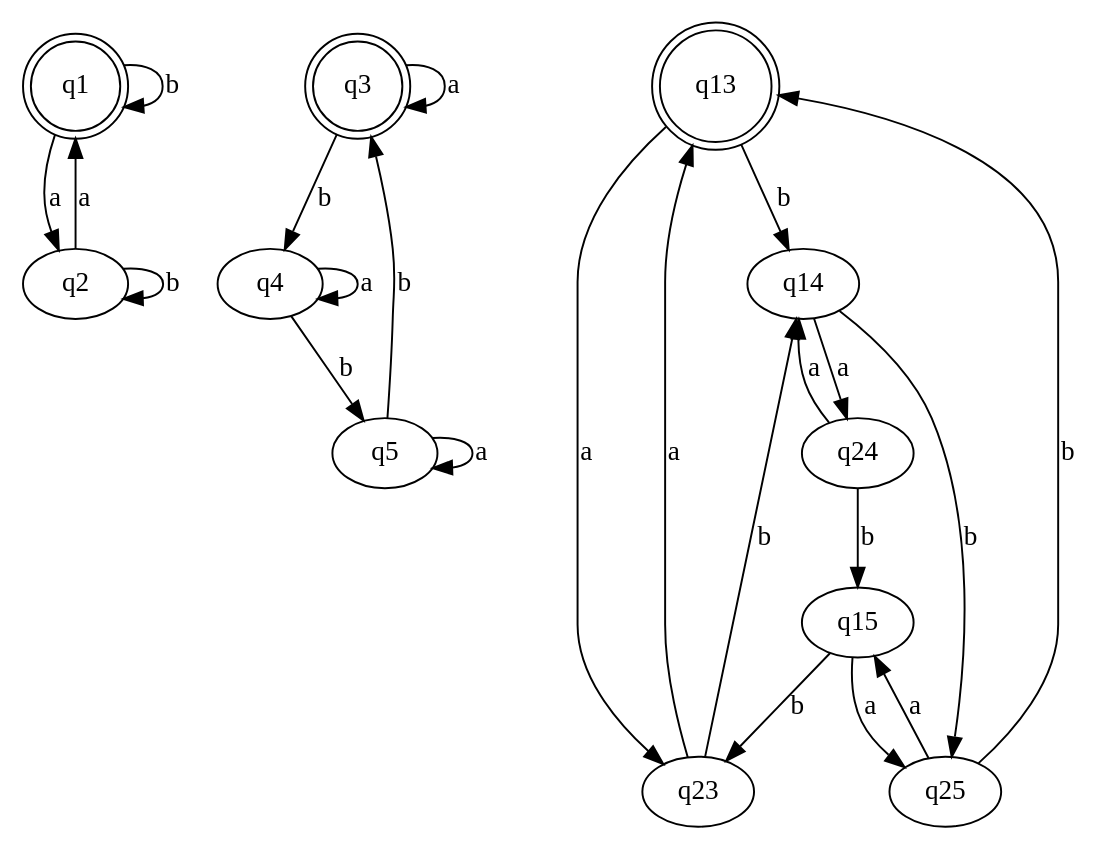
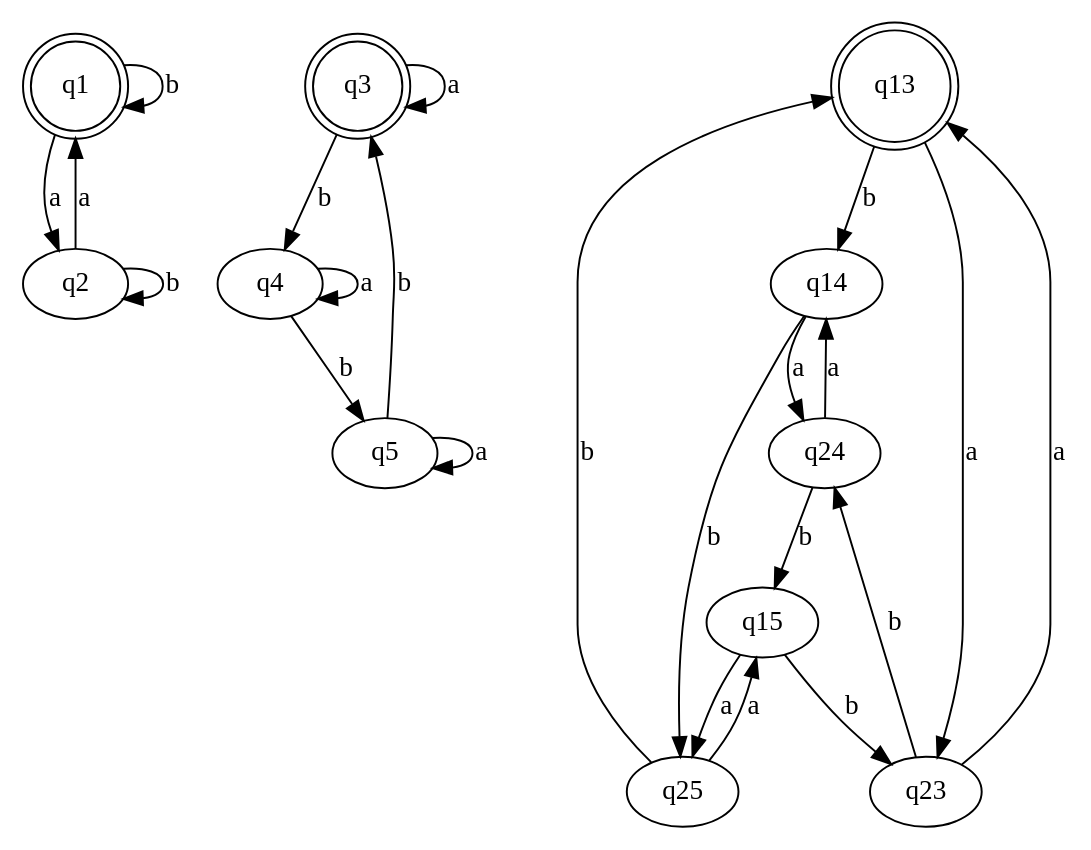
The diagram in Task2/2_3.gv (NRU-MPEI-IMAI/git-Edmelissa), drawn with Graphviz before and after one commit.

```diff
--- a/Task2/2_3.gv
+++ b/Task2/2_3.gv
@@ -1,41 +1,41 @@
 digraph G3
 {
   n1 [label = q1, shape = doublecircle]
   n2 [label = q2]
     
   n1 -> n1 [label = "b"]
 	n1 -> n2 [label = "a"]
 	n2 -> n1 [label = "a"]
 	n2 -> n2 [label = "b"]
 	
 	n3 [label = q3, shape = doublecircle]
     n4 [label = q4]
     n5 [label = q5]
 	
 	n3 -> n3 [label = "a"]
 	n3 -> n4 [label = "b"]
 	n4 -> n4 [label = "a"]
 	n4 -> n5 [label = "b"]
 	n5 -> n5 [label = "a"]
 	n5 -> n3 [label = "b"]
 	
   n13 [label = q13, shape = doublecircle]
   n14 [label = q14]
   n15 [label = q15]
   n23 [label = q23]
   n24 [label = q24]
   n25 [label = q25]
 
   n13 -> n23 [label = "a"]
   n13 -> n14 [label = "b"]
   n14 -> n24 [label = "a"]
   n14 -> n25 [label = "b"]
   n15 -> n25 [label = "a"]
   n15 -> n23 [label = "b"]
   n23 -> n13 [label = "a"]
-  n23 -> n14 [label = "b"]
+  n23 -> n24 [label = "b"]
   n24 -> n14 [label = "a"]
   n24 -> n15 [label = "b"]
   n25 -> n15 [label = "a"]
   n25 -> n13 [label = "b"]
 }
```
